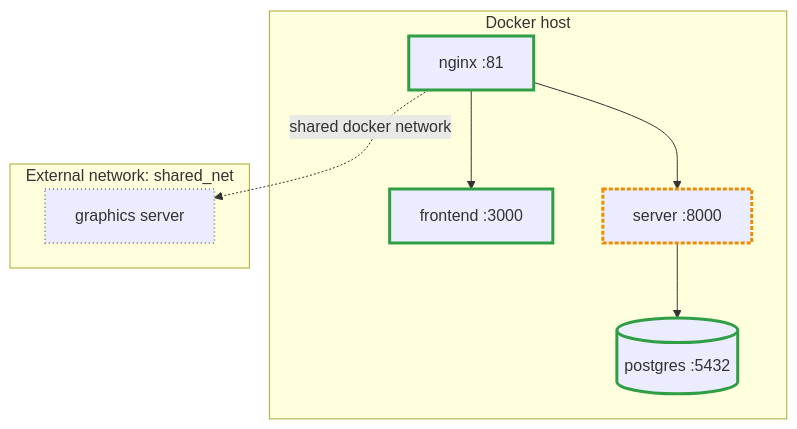
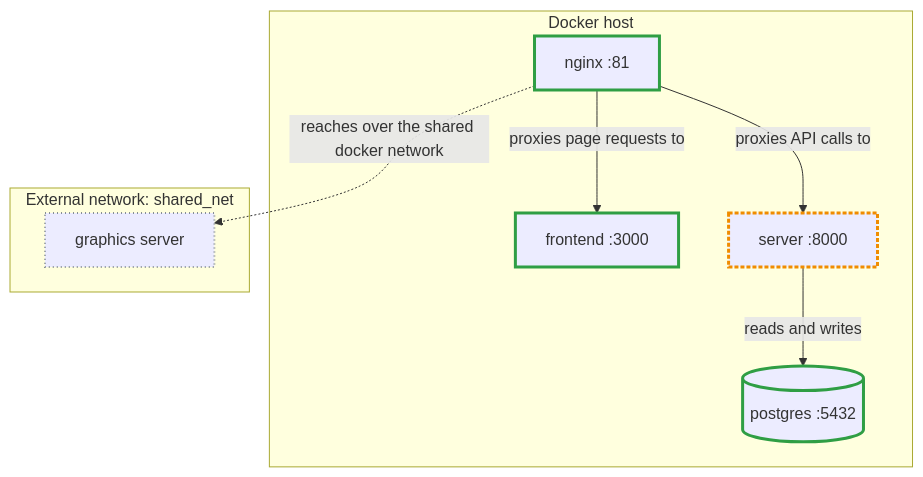
One commit to AntonyM71/Lumberjack changed the third of 5 diagrams in skills/reality-check/references/mermaid-patterns.md. Above: the diagram before and after it, drawn with Mermaid. The commit also changed other lines of this file and 5 other files, not shown here.

````diff
--- a/skills/reality-check/references/mermaid-patterns.md
+++ b/skills/reality-check/references/mermaid-patterns.md
@@ -98,23 +115,23 @@
 ```mermaid
 flowchart TB
     classDef ciGreen stroke:#2f9e44,stroke-width:3px;
     classDef ciAmber stroke:#f08c00,stroke-width:3px,stroke-dasharray: 4 2;
     classDef ciRed   stroke:#e03131,stroke-width:4px,stroke-dasharray: 2 2;
     classDef ciGrey  stroke:#868e96,stroke-width:2px,stroke-dasharray: 1 3;
 
     subgraph host["Docker host"]
         nginx["nginx :81"]:::ciGreen
         frontend["frontend :3000"]:::ciGreen
         server["server :8000"]:::ciAmber
         db[("postgres :5432")]:::ciGreen
     end
 
     subgraph ext["External network: shared_net"]
         graphics["graphics server"]:::ciGrey
     end
 
-    nginx --> frontend
-    nginx --> server
-    server --> db
-    nginx -. "shared docker network" .-> graphics
+    nginx -->|"proxies page requests to"| frontend
+    nginx -->|"proxies API calls to"| server
+    server -->|"reads and writes"| db
+    nginx -. "reaches over the shared docker network" .-> graphics
 ```
````
